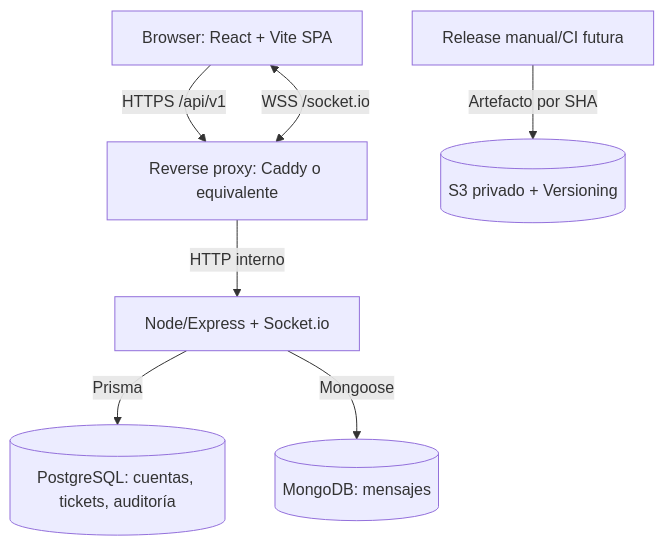
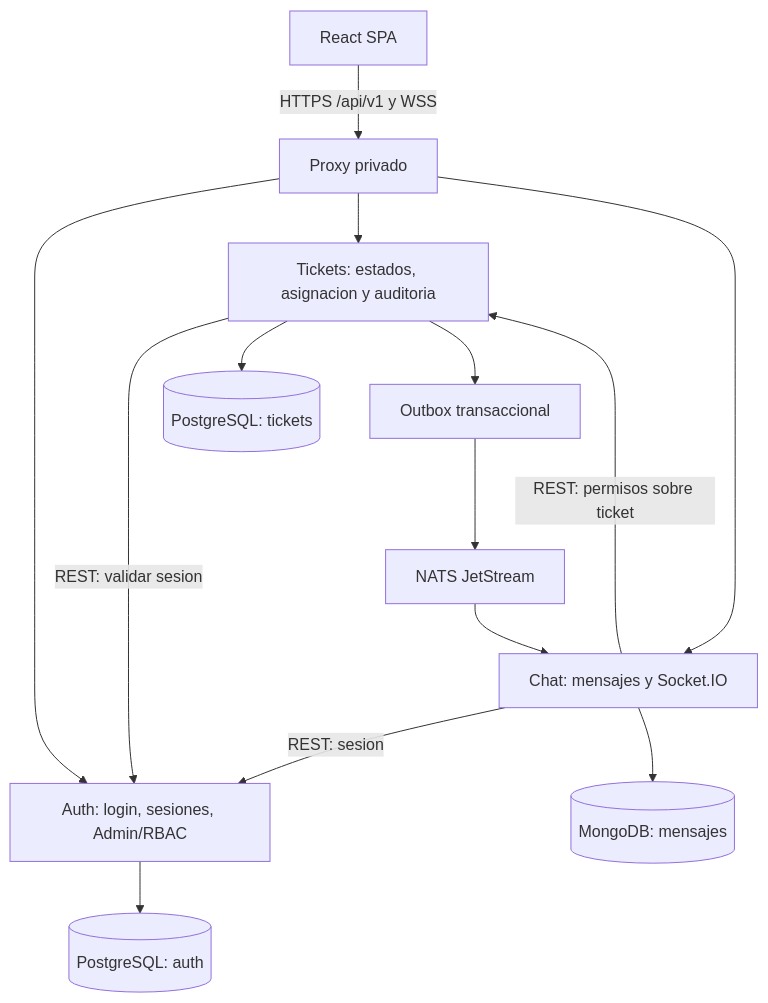
Before and after one commit to caml07/FixIt: the diagram in docs/003.Architecture.md, drawn with Mermaid. The commit also changed other lines of this file and 16 other files, not shown here.

````diff
--- a/docs/003.Architecture.md
+++ b/docs/003.Architecture.md
@@ -35,9 +17,16 @@
 ```mermaid
 flowchart TD
-    Browser[Browser: React + Vite SPA] -->|HTTPS /api/v1| Proxy[Reverse proxy: Caddy o equivalente]
-    Browser <-->|WSS /socket.io| Proxy
-    Proxy -->|HTTP interno| API[Node/Express + Socket.io]
-    API -->|Prisma| PG[(PostgreSQL: cuentas, tickets, auditoría)]
-    API -->|Mongoose| MG[(MongoDB: mensajes)]
-    Deploy[Release manual/CI futura] -->|Artefacto por SHA| S3[(S3 privado + Versioning)]
+  U[React SPA] -->|HTTPS /api/v1 y WSS| P[Proxy privado]
+  P --> A[Auth: login, sesiones, Admin/RBAC]
+  P --> T[Tickets: estados, asignacion y auditoria]
+  P --> C[Chat: mensajes y Socket.IO]
+  T -->|REST: validar sesion| A
+  C -->|REST: sesion| A
+  C -->|REST: permisos sobre ticket| T
+  A --> PG[(PostgreSQL: auth)]
+  T --> PG2[(PostgreSQL: tickets)]
+  T --> O[Outbox transaccional]
+  O --> N[NATS JetStream]
+  N --> C
+  C --> M[(MongoDB: mensajes)]
 ```
````
